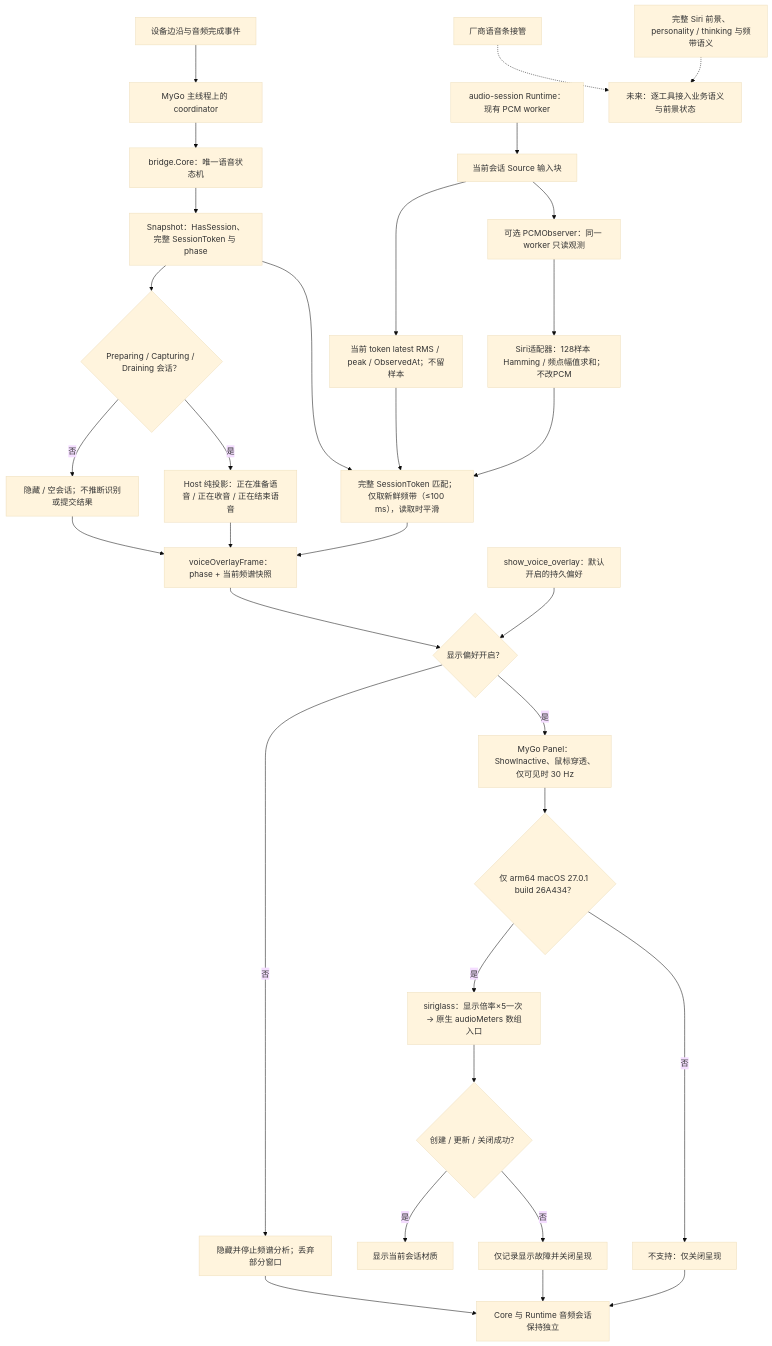
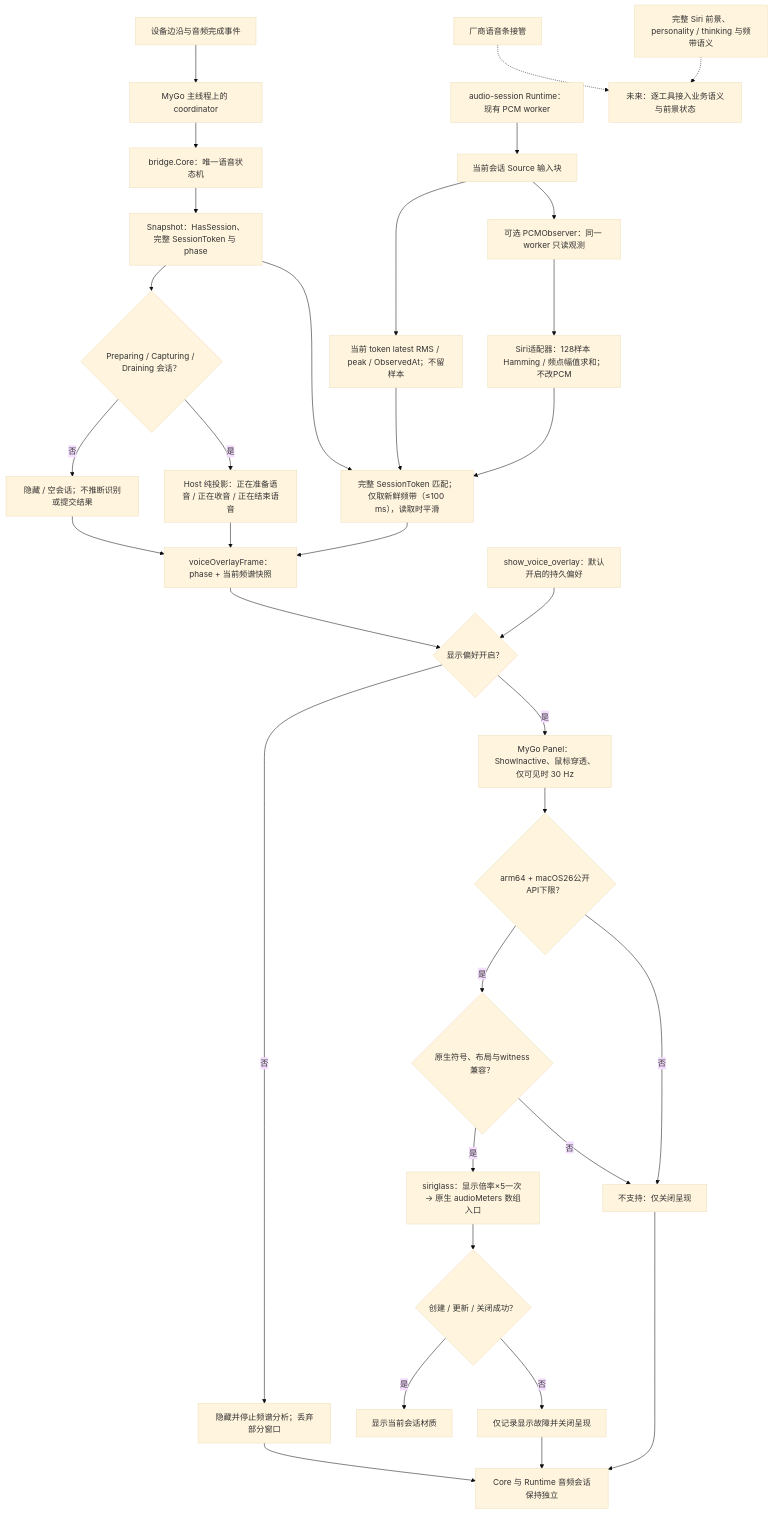
The diagram in tools/workbench/diagrams/voice-presentation-boundary.mmd (daftAI2026/MiMac), drawn with Mermaid (base theme) before and after one commit. The commit also changed 19 other files, not shown here.

```diff
--- a/tools/workbench/diagrams/voice-presentation-boundary.mmd
+++ b/tools/workbench/diagrams/voice-presentation-boundary.mmd
@@ -1,35 +1,37 @@
 flowchart TD
     input["设备边沿与音频完成事件"] --> owner["MyGo 主线程上的 coordinator"]
     owner --> core["bridge.Core：唯一语音状态机"]
     core --> snapshot["Snapshot：HasSession、完整 SessionToken 与 phase"]
     snapshot --> active{"Preparing / Capturing / Draining 会话？"}
     active -->|否| idle["隐藏 / 空会话；不推断识别或提交结果"]
     active -->|是| phase["Host 纯投影：正在准备语音 / 正在收音 / 正在结束语音"]
 
     runtime["audio-session Runtime：现有 PCM worker"] --> source["当前会话 Source 输入块"]
     source --> meter["当前 token latest RMS / peak / ObservedAt；不留样本"]
     source --> observer["可选 PCMObserver：同一 worker 只读观测"]
     observer --> spectrum["Siri适配器：128样本 Hamming / 频点幅值求和；不改PCM"]
     snapshot --> match["完整 SessionToken 匹配；仅取新鲜频带（≤100 ms），读取时平滑"]
     meter --> match
     spectrum --> match
     phase --> frame["voiceOverlayFrame：phase + 当前频谱快照"]
     match --> frame
     idle --> frame
 
     preference["show_voice_overlay：默认开启的持久偏好"] --> enabled{"显示偏好开启？"}
     frame --> enabled
     enabled -->|否| hidden["隐藏并停止频谱分析；丢弃部分窗口"]
     enabled -->|是| panel["MyGo Panel：ShowInactive、鼠标穿透、仅可见时 30 Hz"]
-    panel --> gate{"仅 arm64 macOS 27.0.1 build 26A434？"}
-    gate -->|是| renderer["siriglass：显示倍率×5一次 → 原生 audioMeters 数组入口"]
+    panel --> gate{"arm64 + macOS26公开API下限？"}
+    gate -->|是| capability{"原生符号、布局与witness兼容？"}
+    capability -->|是| renderer["siriglass：显示倍率×5一次 → 原生 audioMeters 数组入口"]
+    capability -->|否| unsupported
     gate -->|否| unsupported["不支持：仅关闭呈现"]
     renderer --> operation{"创建 / 更新 / 关闭成功？"}
     operation -->|是| material["显示当前会话材质"]
     operation -->|否| failure["仅记录显示故障并关闭呈现"]
     hidden --> audio["Core 与 Runtime 音频会话保持独立"]
     unsupported --> audio
     failure --> audio
 
     vendor["厂商语音条接管"] -.-> future["未来：逐工具接入业务语义与前景状态"]
     siri["完整 Siri 前景、personality / thinking 与频带语义"] -.-> future
```
